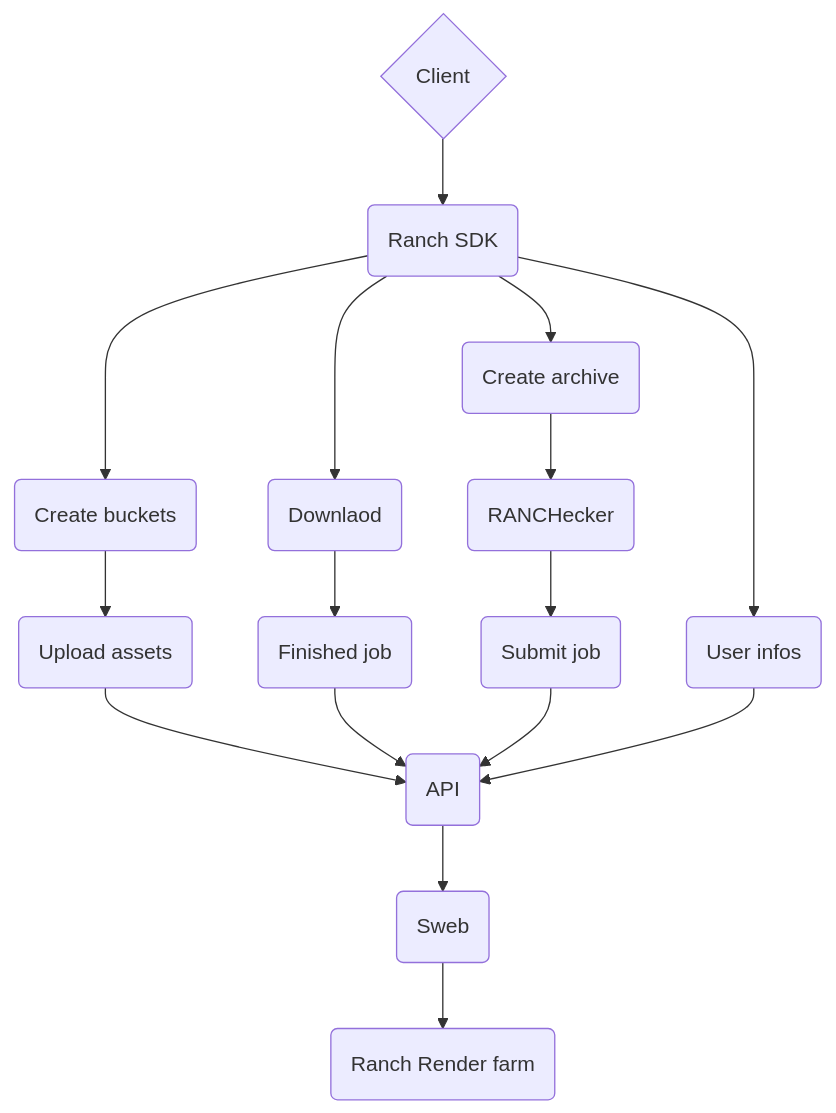
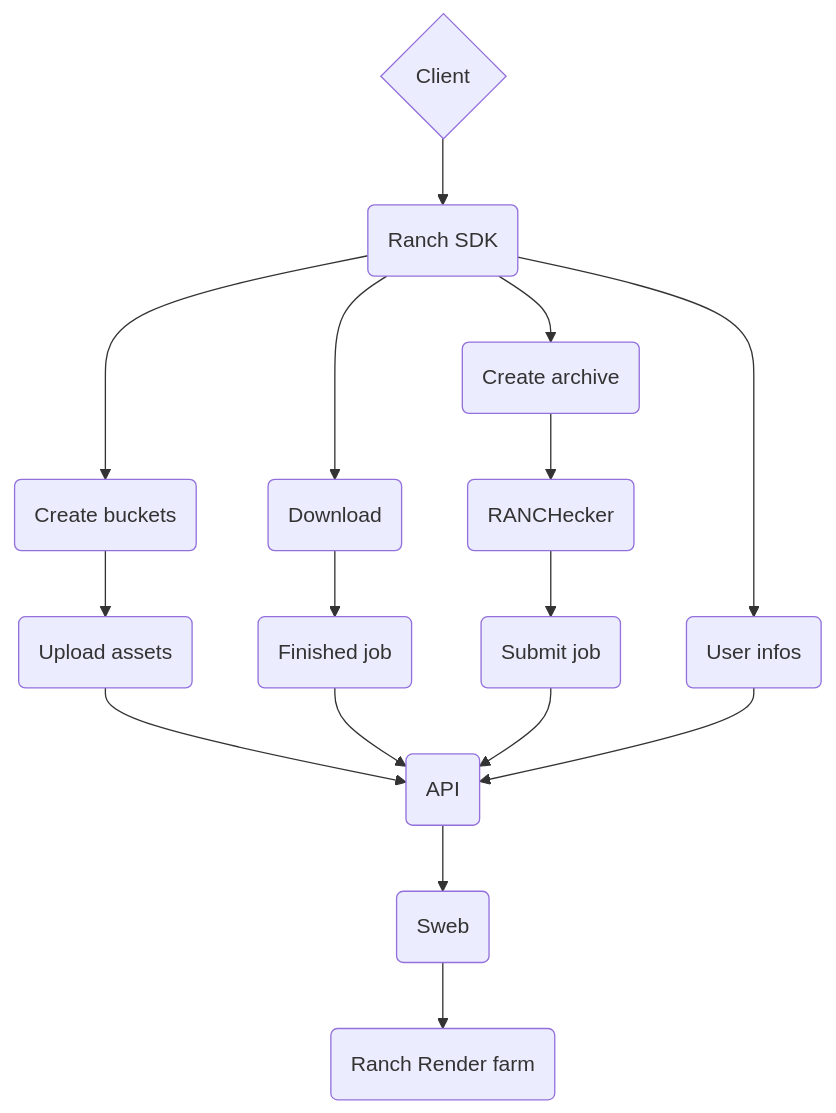
The first of 2 diagrams in README.md (ranchcomputing/python-sdk), drawn with Mermaid before and after one commit. The commit also changed other lines of this file and 1 other file, not shown here.

````diff
--- a/README.md
+++ b/README.md
@@ -39,18 +40,18 @@
 ```mermaid
   graph TD;
       client{Client} --> ranchSdk(Ranch SDK);
       ranchSdk --> createArchive(Create archive);
-      ranchSdk --> download(Downlaod);
+      ranchSdk --> download(Download);
       createArchive --> ranchecker(RANCHecker);
       ranchSdk --> createBucket(Create buckets);
       createBucket --> uploadAssets(Upload assets);
       uploadAssets --> api;
       ranchecker --> submitJob(Submit job);
       download --> finishedJob(Finished job);
       finishedJob --> api(API);
       submitJob --> api(API);
       ranchSdk --> userInfo(User infos);
       userInfo --> api(API);
       api --> sweb(Sweb);
       sweb --> renderFarm(Ranch Render farm);
 ```
````
